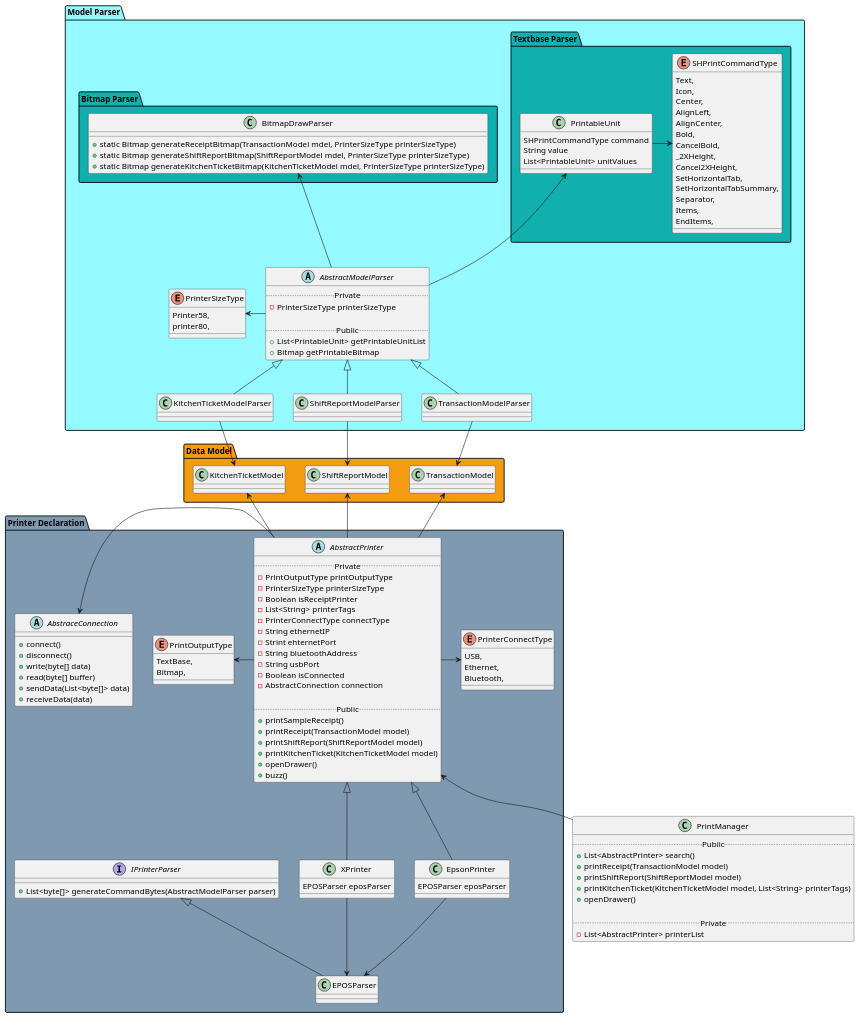
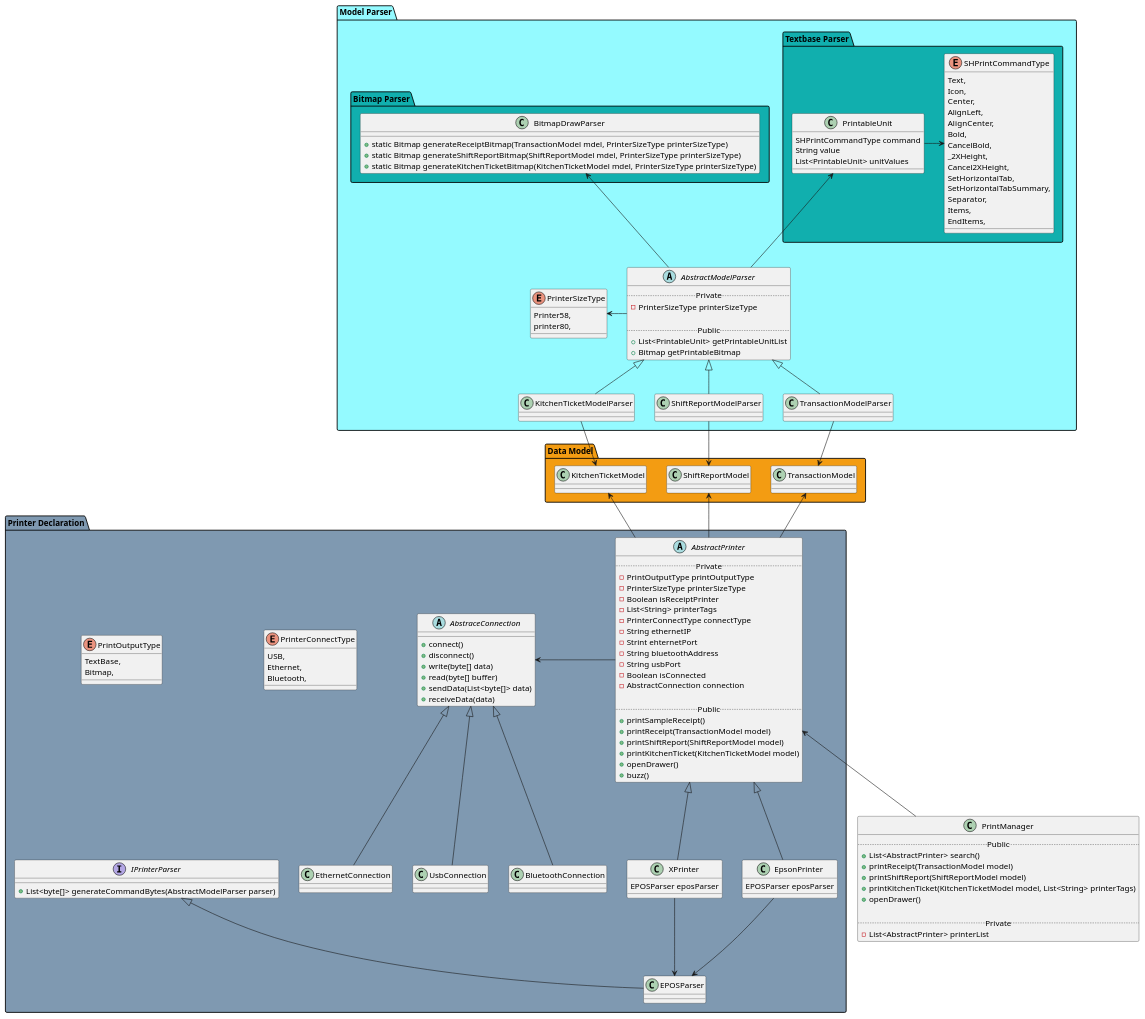
The diagram in src/example/printer.wsd (sumyfly/myUml), drawn with PlantUML before and after one commit.

Commit message:
update printer uml

```diff
--- a/src/example/printer.wsd
+++ b/src/example/printer.wsd
@@ -1,183 +1,193 @@
 @startuml printer
 
 package "Data Model" #F39C12 {
   class TransactionModel {
   }
 
   class ShiftReportModel {
   }
 
   class KitchenTicketModel {
   }
 
 }
 
 package "Model Parser" #94FAFF {
 
   enum PrinterSizeType {
     Printer58,
     printer80,
   }
 
   package "Textbase Parser" #11AFAE {
 
     enum SHPrintCommandType {
       Text,
       Icon,
       Center,
       AlignLeft,
       AlignCenter,
       Bold,
       CancelBold,
       _2XHeight,
       Cancel2XHeight,
       SetHorizontalTab,
       SetHorizontalTabSummary,
       Separator,
       Items,
       EndItems,
     }
 
     class PrintableUnit {
       SHPrintCommandType command
       String value
       List<PrintableUnit> unitValues
     }
 
     PrintableUnit -> SHPrintCommandType
   }
 
   package "Bitmap Parser" #11AFAE {
 
     ' temp class, will move logic into specific model parser.
     class BitmapDrawParser {
       + static Bitmap generateReceiptBitmap(TransactionModel mdel, PrinterSizeType printerSizeType)
       + static Bitmap generateShiftReportBitmap(ShiftReportModel mdel, PrinterSizeType printerSizeType)
       + static Bitmap generateKitchenTicketBitmap(KitchenTicketModel mdel, PrinterSizeType printerSizeType)
     }
 
   }
 
   abstract class AbstractModelParser{
     .. Private ..
     - PrinterSizeType printerSizeType
 
     .. Public ..
     + List<PrintableUnit> getPrintableUnitList
     + Bitmap getPrintableBitmap
   }
 
   class TransactionModelParser {
   }
 
   class ShiftReportModelParser {
   }
 
   class KitchenTicketModelParser {
   }
 
   BitmapDrawParser <-- AbstractModelParser
   PrintableUnit <-- AbstractModelParser
   PrinterSizeType <- AbstractModelParser
 
   AbstractModelParser <|-- TransactionModelParser
   TransactionModelParser --> TransactionModel
 
   AbstractModelParser <|-- ShiftReportModelParser
   ShiftReportModelParser --> ShiftReportModel
 
   AbstractModelParser <|-- KitchenTicketModelParser
   KitchenTicketModelParser --> KitchenTicketModel
 }
 
 package "Printer Declaration" #7F99B1 {
   enum PrinterConnectType{
     USB,
     Ethernet,
     Bluetooth,
   }
 
   enum PrintOutputType {
     TextBase,
     Bitmap,
   }
 
   abstract class AbstraceConnection {
     + connect()
     + disconnect()
     + write(byte[] data)
     + read(byte[] buffer)
     + sendData(List<byte[]> data)
     + receiveData(data)
   }
 
   abstract class AbstractPrinter{
     .. Private ..
     - PrintOutputType printOutputType
     - PrinterSizeType printerSizeType
     - Boolean isReceiptPrinter
     - List<String> printerTags
     - PrinterConnectType connectType
     - String ethernetIP
     - Strint ehternetPort
     - String bluetoothAddress
     - String usbPort
     - Boolean isConnected
     - AbstractConnection connection
 
     .. Public ..
     + printSampleReceipt()
     + printReceipt(TransactionModel model)
     + printShiftReport(ShiftReportModel model)
     + printKitchenTicket(KitchenTicketModel model)
     + openDrawer()
     + buzz()
   }
 
-  PrintOutputType <- AbstractPrinter
+  class BluetoothConnection{
+  }
+  class EthernetConnection{
+  }
+  class UsbConnection{
+  }
+
+
   AbstraceConnection <- AbstractPrinter
-  AbstractPrinter -> PrinterConnectType
+  AbstraceConnection <|-- BluetoothConnection
+  AbstraceConnection <|-- EthernetConnection
+  AbstraceConnection <|-- UsbConnection
+
 
   TransactionModel <-- AbstractPrinter
   ShiftReportModel <-- AbstractPrinter
   KitchenTicketModel <-- AbstractPrinter
 
   interface IPrinterParser {
     + List<byte[]> generateCommandBytes(AbstractModelParser parser)
   }
 
   class EPOSParser {
   }
 
   class XPrinter {
     EPOSParser eposParser
   }
 
   class EpsonPrinter {
     EPOSParser eposParser
   }
 
   AbstractPrinter <|-- XPrinter
   XPrinter --> EPOSParser
 
   AbstractPrinter <|-- EpsonPrinter
   EpsonPrinter --> EPOSParser
 
   IPrinterParser  <|-- EPOSParser
 }
 
 class PrintManager {
   .. Public ..
   + List<AbstractPrinter> search()
   + printReceipt(TransactionModel model)
   + printShiftReport(ShiftReportModel model)
   + printKitchenTicket(KitchenTicketModel model, List<String> printerTags)
   + openDrawer()
 
   .. Private ..
   - List<AbstractPrinter> printerList
 }
 
 AbstractPrinter <-- PrintManager
 
 @enduml
```
